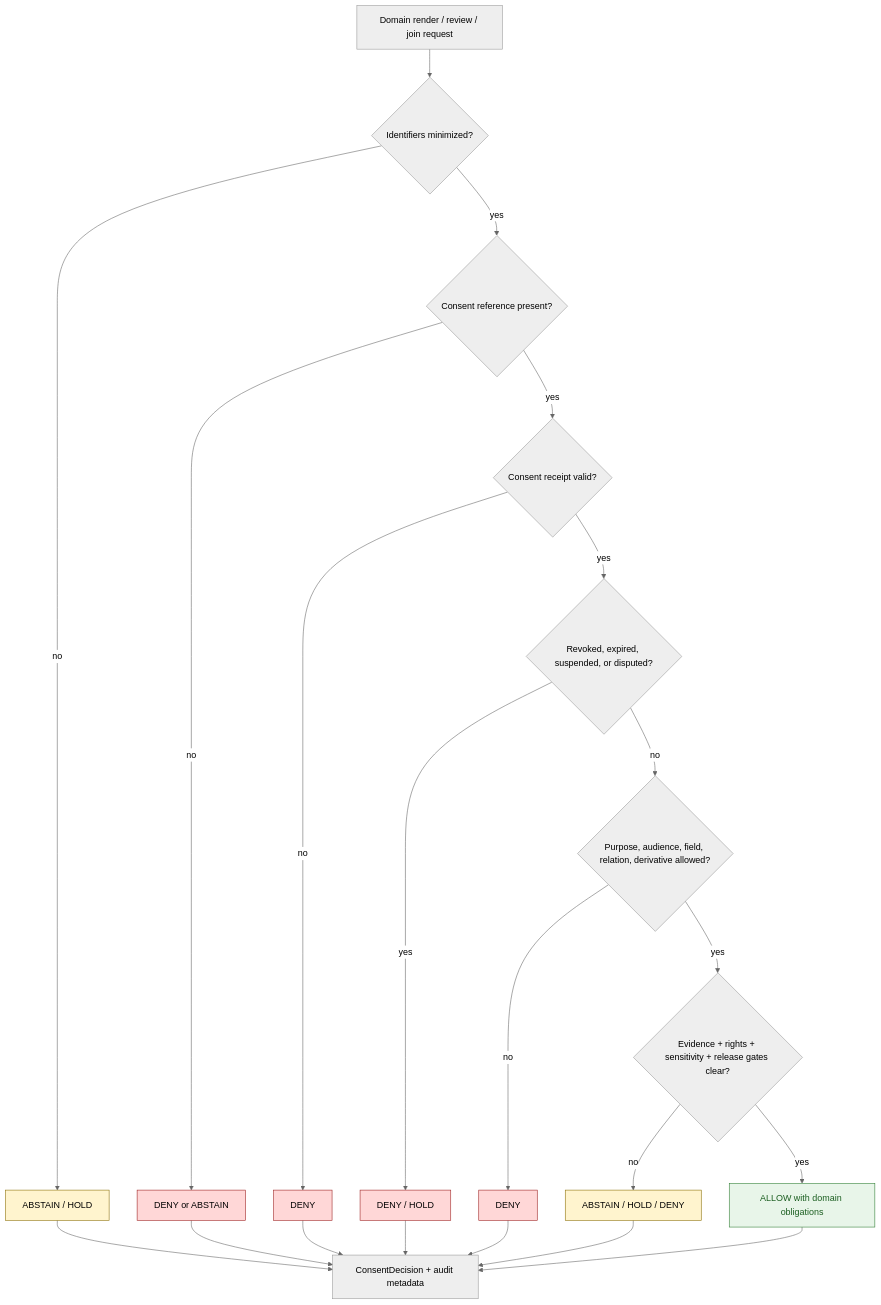
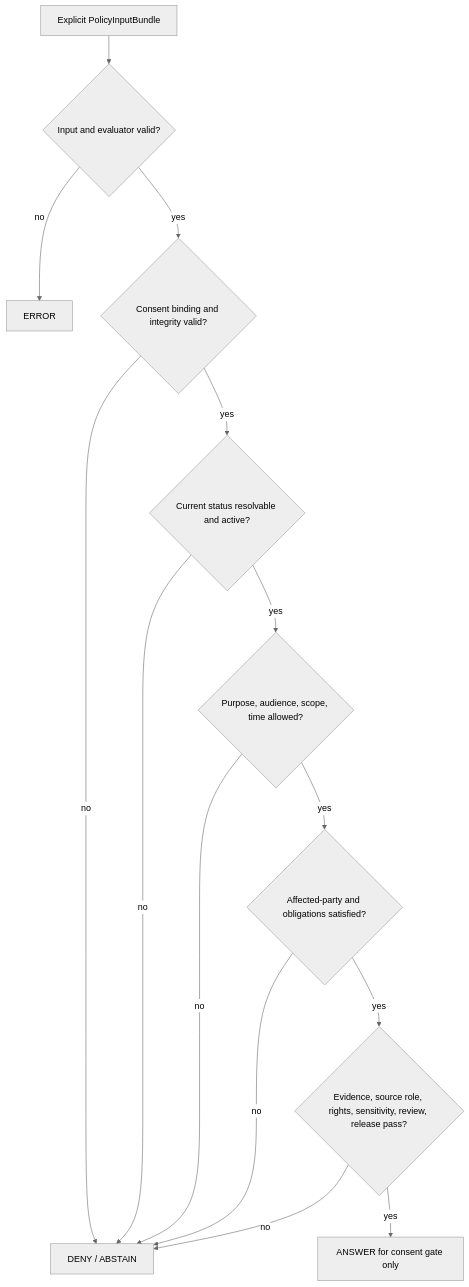
One commit to bartytime4life/Kansas-Frontier-Matrix changed the second of 2 diagrams in policy/consent/people-dna-land/README.md. Above: the diagram before and after it, drawn with Mermaid (neutral theme). The commit also changed other lines of this file, not shown here.

Commit message:
docs(policy): strengthen People-DNA-Land consent gate

````diff
--- a/policy/consent/people-dna-land/README.md
+++ b/policy/consent/people-dna-land/README.md
@@ -213,31 +507,16 @@
 ```mermaid
 flowchart TD
-    request["Domain render / review / join request"] --> minimized{"Identifiers minimized?"}
-    minimized -->|no| abstain1["ABSTAIN / HOLD"]
-    minimized -->|yes| consent{"Consent reference present?"}
-    consent -->|no| deny0["DENY or ABSTAIN"]
-    consent -->|yes| valid{"Consent receipt valid?"}
-    valid -->|no| deny1["DENY"]
-    valid -->|yes| revoked{"Revoked, expired, suspended, or disputed?"}
-    revoked -->|yes| deny2["DENY / HOLD"]
-    revoked -->|no| scope{"Purpose, audience, field, relation, derivative allowed?"}
-    scope -->|no| deny3["DENY"]
-    scope -->|yes| gates{"Evidence + rights + sensitivity + release gates clear?"}
-    gates -->|no| hold["ABSTAIN / HOLD / DENY"]
-    gates -->|yes| allow["ALLOW with domain obligations"]
-
-    allow --> audit["ConsentDecision + audit metadata"]
-    deny0 --> audit
-    deny1 --> audit
-    deny2 --> audit
-    deny3 --> audit
-    abstain1 --> audit
-    hold --> audit
-
-    classDef deny fill:#ffd7d7,stroke:#9b1d1d,color:#000;
-    classDef abstain fill:#fff4ce,stroke:#8a6d00,color:#000;
-    classDef allow fill:#e8f5e9,stroke:#2e7d32,color:#1b5e20;
-    class deny0,deny1,deny2,deny3 deny;
-    class abstain1,hold abstain;
-    class allow allow;
+    A["Explicit PolicyInputBundle"] --> B{"Input and evaluator valid?"}
+    B -->|no| E["ERROR"]
+    B -->|yes| C{"Consent binding and integrity valid?"}
+    C -->|no| D["DENY / ABSTAIN"]
+    C -->|yes| S{"Current status resolvable and active?"}
+    S -->|no| D
+    S -->|yes| P{"Purpose, audience, scope, time allowed?"}
+    P -->|no| D
+    P -->|yes| M{"Affected-party and obligations satisfied?"}
+    M -->|no| D
+    M -->|yes| G{"Evidence, source role, rights, sensitivity, review, release pass?"}
+    G -->|no| D
+    G -->|yes| R["ANSWER for consent gate only"]
 ```
````
